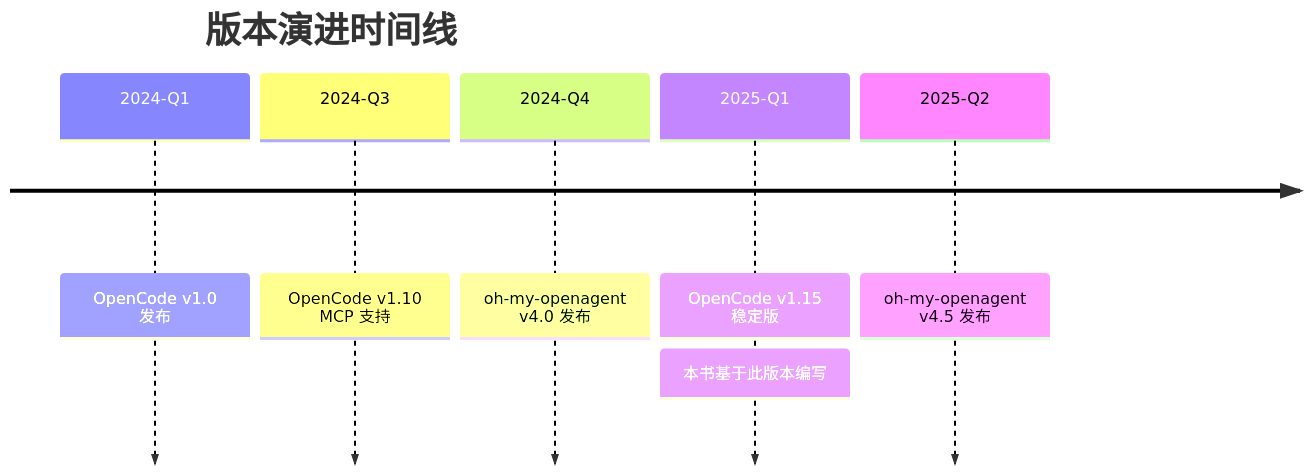
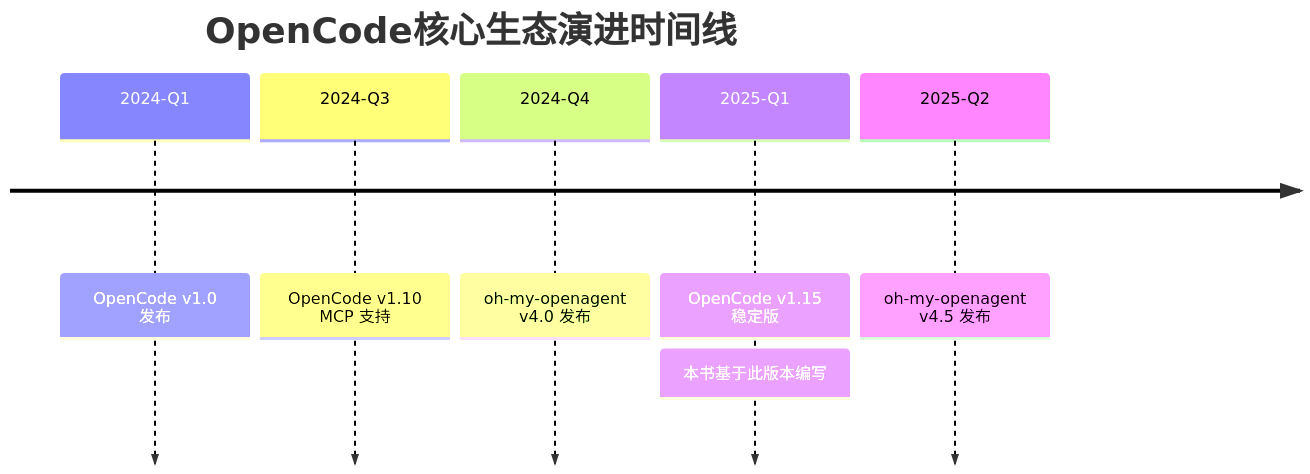
Before and after one commit to tonydeng/harness-engineering-from-oc-to-ai-coding: the fifth of 6 diagrams in src/00-guide/README.md, drawn with Mermaid. The commit also changed other lines of this file and 81 other files, not shown here.

````diff
--- a/src/00-guide/README.md
+++ b/src/00-guide/README.md
@@ -330,10 +330,10 @@
 ```mermaid
 timeline
-    title 版本演进时间线
+    title OpenCode核心生态演进时间线
     2024-Q1 : OpenCode v1.0 发布
     2024-Q3 : OpenCode v1.10 MCP 支持
     2024-Q4 : oh-my-openagent v4.0 发布
     2025-Q1 : OpenCode v1.15 稳定版
            : 本书基于此版本编写
     2025-Q2 : oh-my-openagent v4.5 发布
 ```
````
